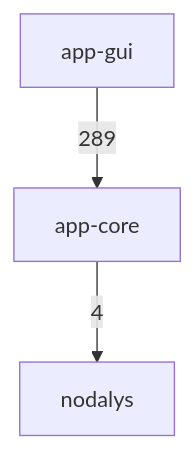
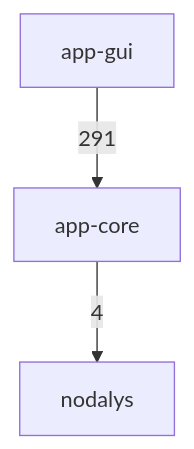
One commit to ronnymilleo/imcsim changed the first of 3 diagrams in docs/architecture.md. Above: the diagram before and after it, drawn with Mermaid. The commit also changed other lines of this file, not shown here.

Commit message:
Update the include diagram for the shared case functions

````diff
--- a/docs/architecture.md
+++ b/docs/architecture.md
@@ -22,8 +22,8 @@
 ```mermaid
 flowchart TD
     app_gui[app-gui]
     app_core[app-core]
     nodalys[nodalys]
     app_core -->|4| nodalys
-    app_gui -->|289| app_core
+    app_gui -->|291| app_core
 ```
````
